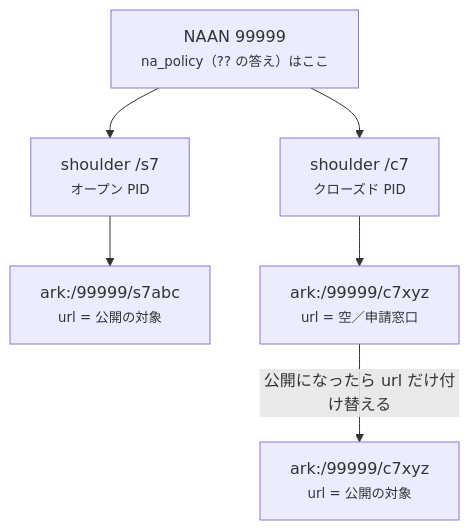
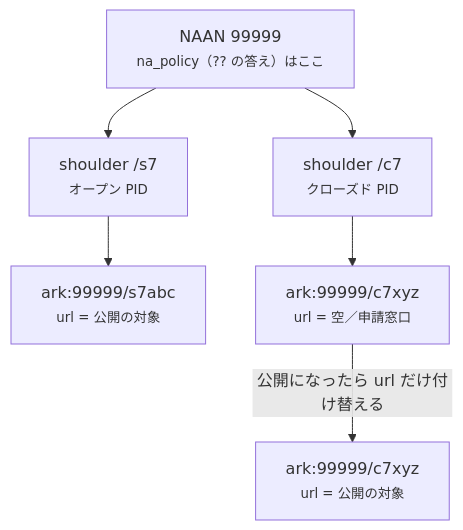
Diagram 12 of 14 in docs/guides/federation.ja.md (RCOSDP/arkhe), drawn with Mermaid before and after one commit. The commit also changed other lines of this file and 75 other files, not shown here.

````diff
--- a/docs/guides/federation.ja.md
+++ b/docs/guides/federation.ja.md
@@ -336,9 +337,9 @@
 ```mermaid
 flowchart TD
     N["NAAN 99999<br/><small>na_policy（?? の答え）はここ</small>"]
     N --> SO["shoulder /s7<br/><small>オープン PID</small>"]
     N --> SC["shoulder /c7<br/><small>クローズド PID</small>"]
-    SO --> AO["ark:/99999/s7abc<br/><small>url = 公開の対象</small>"]
-    SC --> AC["ark:/99999/c7xyz<br/><small>url = 空／申請窓口</small>"]
-    AC -->|"公開になったら url だけ付け替える"| AC2["ark:/99999/c7xyz<br/><small>url = 公開の対象</small>"]
+    SO --> AO["ark:99999/s7abc<br/><small>url = 公開の対象</small>"]
+    SC --> AC["ark:99999/c7xyz<br/><small>url = 空／申請窓口</small>"]
+    AC -->|"公開になったら url だけ付け替える"| AC2["ark:99999/c7xyz<br/><small>url = 公開の対象</small>"]
 ```
````
